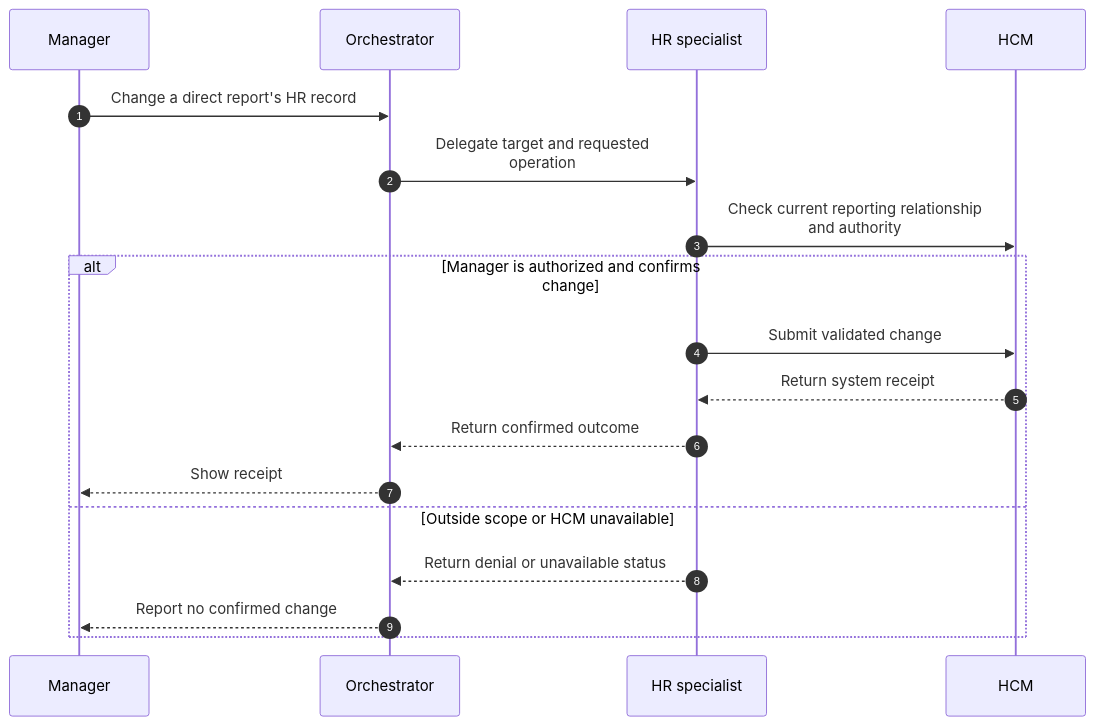
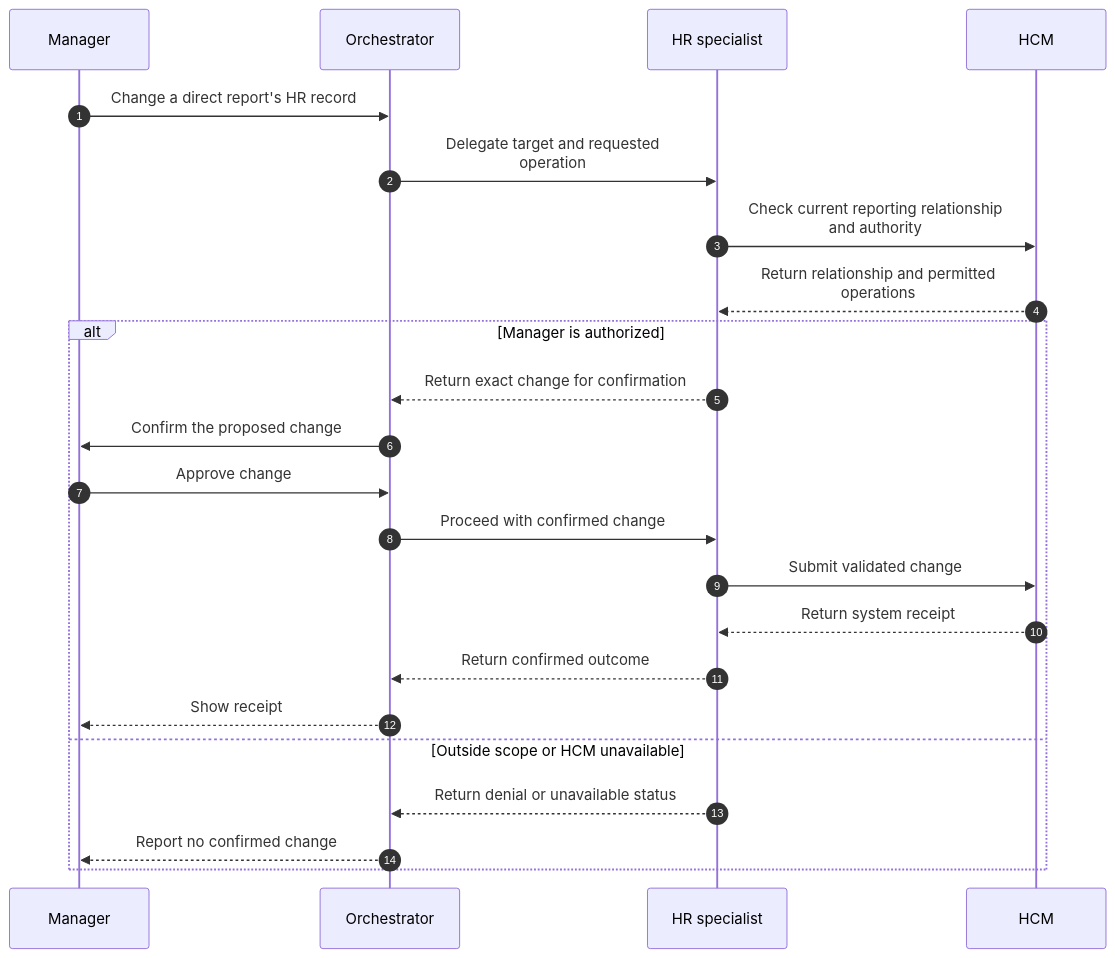
The second of 2 diagrams in reference-architectures/hr-specialists.md (abhishek-ai-enabler/copilotstudio-architecture-patterns), drawn with Mermaid before and after one commit. The commit also changed other lines of this file and 41 other files, not shown here.

First line of the commit message:
Review diagrams: add return paths and fix flow accuracy

````diff
--- a/reference-architectures/hr-specialists.md
+++ b/reference-architectures/hr-specialists.md
@@ -38,21 +40,26 @@
 ```mermaid
 sequenceDiagram
     accTitle: Route HR requests to domain-specific agents - technical flow
     autonumber
     participant U as Manager
     participant A as Orchestrator
     participant T as HR specialist
     participant H as HCM
     U->>A: Change a direct report's HR record
     A->>T: Delegate target and requested<br/>operation
     T->>H: Check current reporting relationship<br/>and authority
-    alt Manager is authorized and confirms change
-        T->>H: Submit validated change
-        H-->>T: Return system receipt
-        T-->>A: Return confirmed outcome
-        A-->>U: Show receipt
+    H-->>T: Return relationship and permitted<br/>operations
+    alt Manager is authorized
+      T-->>A: Return exact change for confirmation
+      A->>U: Confirm the proposed change
+      U->>A: Approve change
+      A->>T: Proceed with confirmed change
+      T->>H: Submit validated change
+      H-->>T: Return system receipt
+      T-->>A: Return confirmed outcome
+      A-->>U: Show receipt
     else Outside scope or HCM unavailable
-        T-->>A: Return denial or unavailable status
-        A-->>U: Report no confirmed change
+      T-->>A: Return denial or unavailable status
+      A-->>U: Report no confirmed change
     end
 ```
````
